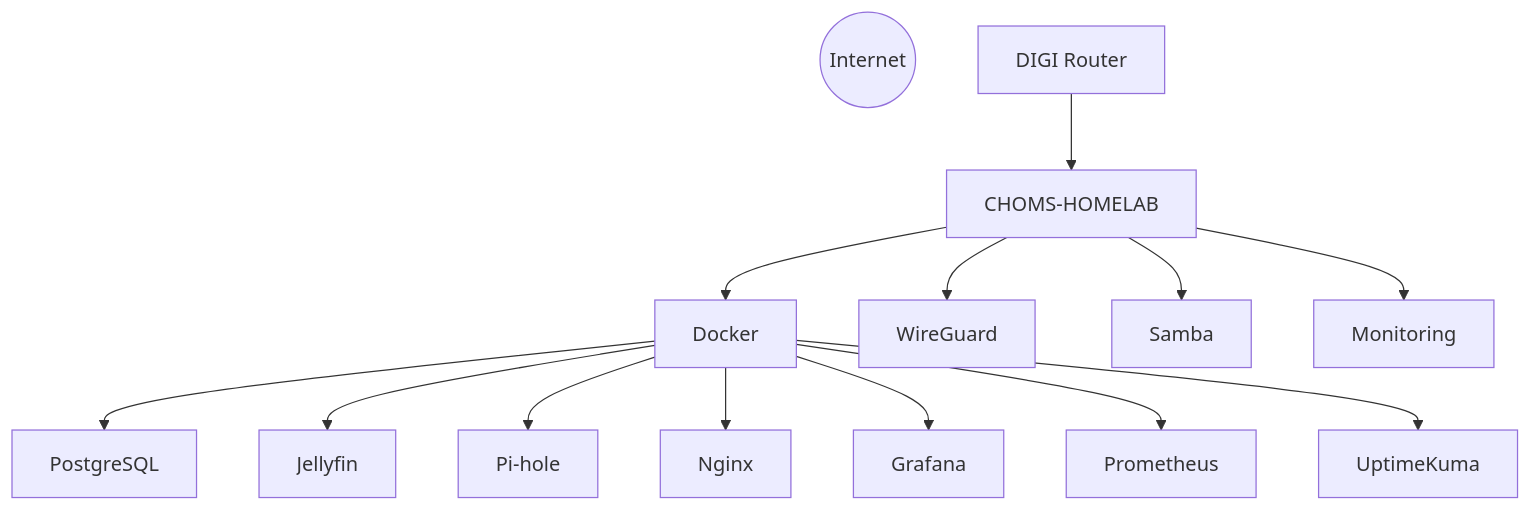
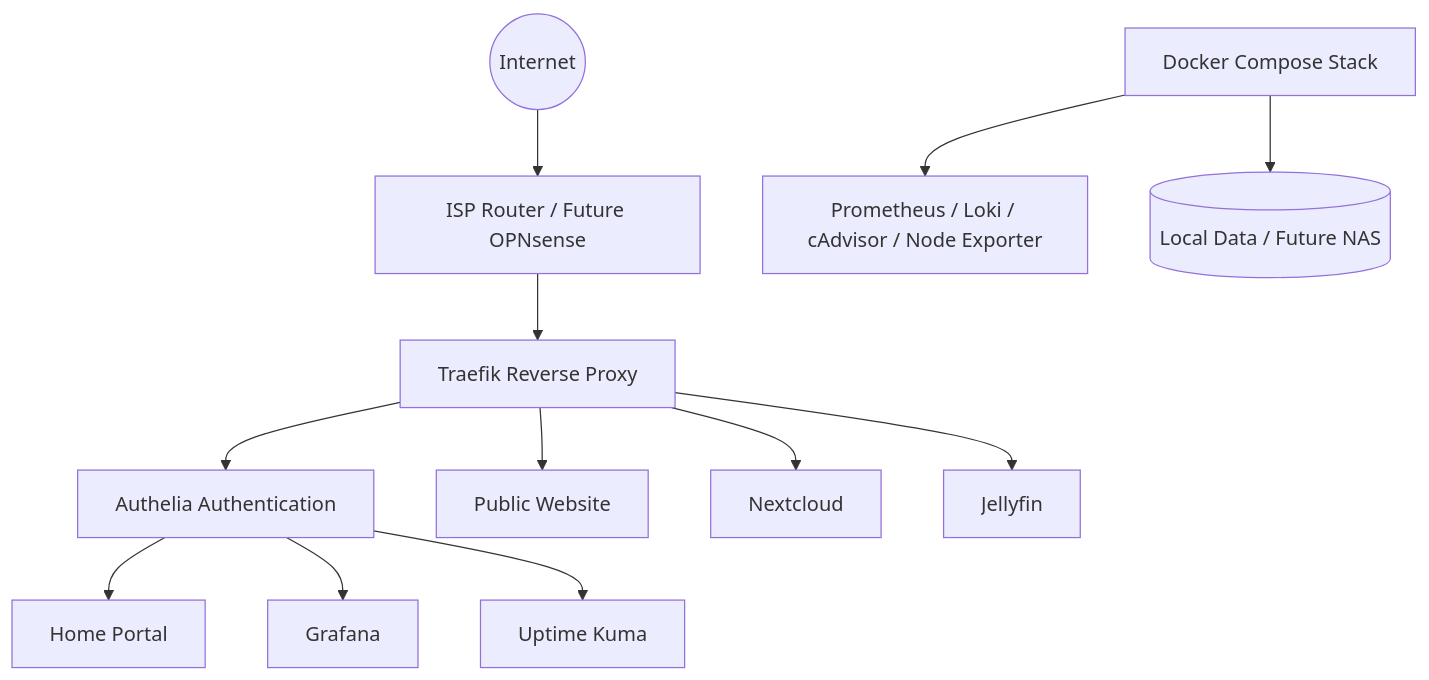
Before and after one commit to ChomsMaster/CHOMS-HOMELAB: the diagram in README.md, drawn with Mermaid. The commit also changed other lines of this file and 11 other files, not shown here.

````diff
--- a/README.md
+++ b/README.md
@@ -35,21 +56,29 @@
 ```mermaid
 flowchart TD
-Internet((Internet))
-Router[DIGI Router]
-Server[CHOMS-HOMELAB]
+    Internet((Internet))
+    Router[ISP Router / Future OPNsense]
+    Traefik[Traefik Reverse Proxy]
+    Authelia[Authelia Authentication]
+    Docker[Docker Compose Stack]
 
-Router --> Server
+    Public[Public Website]
+    Home[Home Portal]
+    Grafana[Grafana]
+    Kuma[Uptime Kuma]
+    Nextcloud[Nextcloud]
+    Jellyfin[Jellyfin]
+    Monitoring[Prometheus / Loki / cAdvisor / Node Exporter]
+    Data[(Local Data / Future NAS)]
 
-Server --> Docker
-Server --> WireGuard
-Server --> Samba
-Server --> Monitoring
-
-Docker --> PostgreSQL
-Docker --> Jellyfin
-Docker --> Pi-hole
-Docker --> Nginx
-Docker --> Grafana
-Docker --> Prometheus
-Docker --> UptimeKuma
+    Internet --> Router
+    Router --> Traefik
+    Traefik --> Public
+    Traefik --> Authelia
+    Authelia --> Home
+    Authelia --> Grafana
+    Authelia --> Kuma
+    Traefik --> Nextcloud
+    Traefik --> Jellyfin
+    Docker --> Monitoring
+    Docker --> Data
 ```
````
